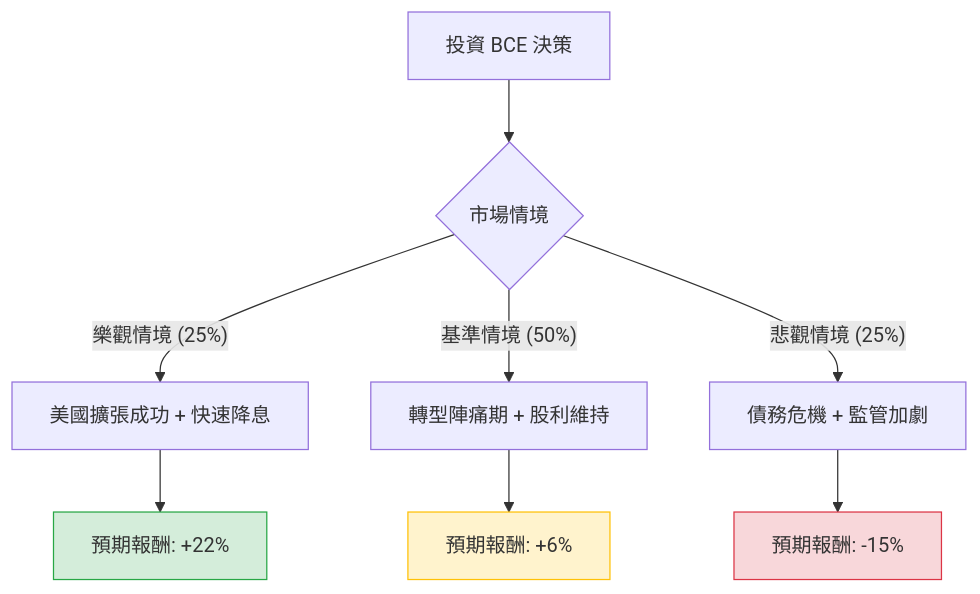
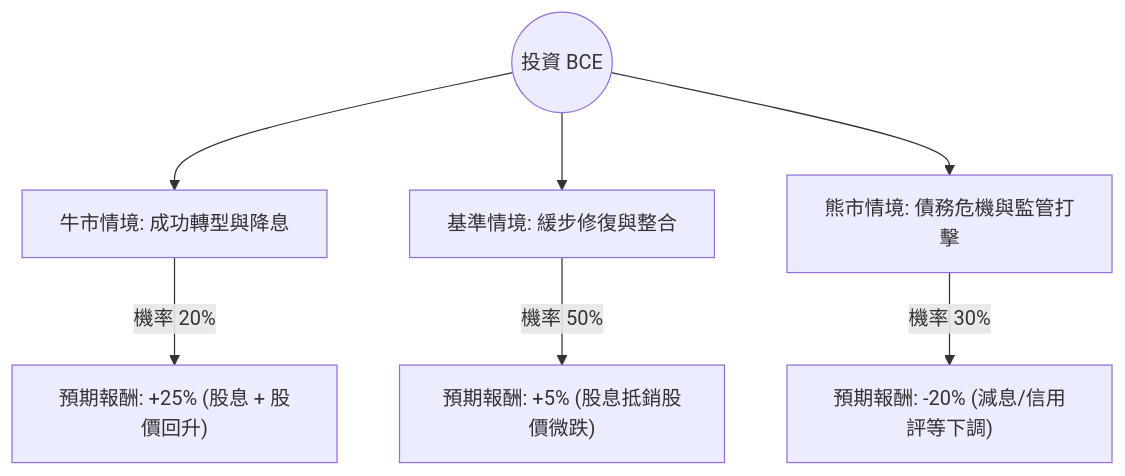
Before and after one commit to zmcx16/zmcx16.github.io: the diagram in plugin-react/ai-analysis/ev-analysis/BCE.md, drawn with Mermaid. The commit also changed other lines of this file and 68 other files, not shown here.

````diff
--- a/plugin-react/ai-analysis/ev-analysis/BCE.md
+++ b/plugin-react/ai-analysis/ev-analysis/BCE.md
@@ -19,16 +19,10 @@
 ```mermaid
 graph TD
-    A[投資 BCE 決策] --> B{市場情境}
-    
-    B -- 樂觀情境 (25%) --> C[美國擴張成功 + 快速降息]
-    B -- 基準情境 (50%) --> D[轉型陣痛期 + 股利維持]
-    B -- 悲觀情境 (25%) --> E[債務危機 + 監管加劇]
+    Start((投資 BCE)) --> Bull[牛市情境: 成功轉型與降息]
+    Start --> Base[基準情境: 緩步修復與整合]
+    Start --> Bear[熊市情境: 債務危機與監管打擊]
 
-    C --> C1[預期報酬: +22%]
-    D --> D1[預期報酬: +6%]
-    E --> E1[預期報酬: -15%]
-
-    style C1 fill:#d4edda,stroke:#28a745
-    style D1 fill:#fff3cd,stroke:#ffc107
-    style E1 fill:#f8d7da,stroke:#dc3545
+    Bull -- "機率 20%" --> BullVal["預期報酬: +25% (股息 + 股價回升)"]
+    Base -- "機率 50%" --> BaseVal["預期報酬: +5% (股息抵銷股價微跌)"]
+    Bear -- "機率 30%" --> BearVal["預期報酬: -20% (減息/信用評等下調)"]
 ```
````
